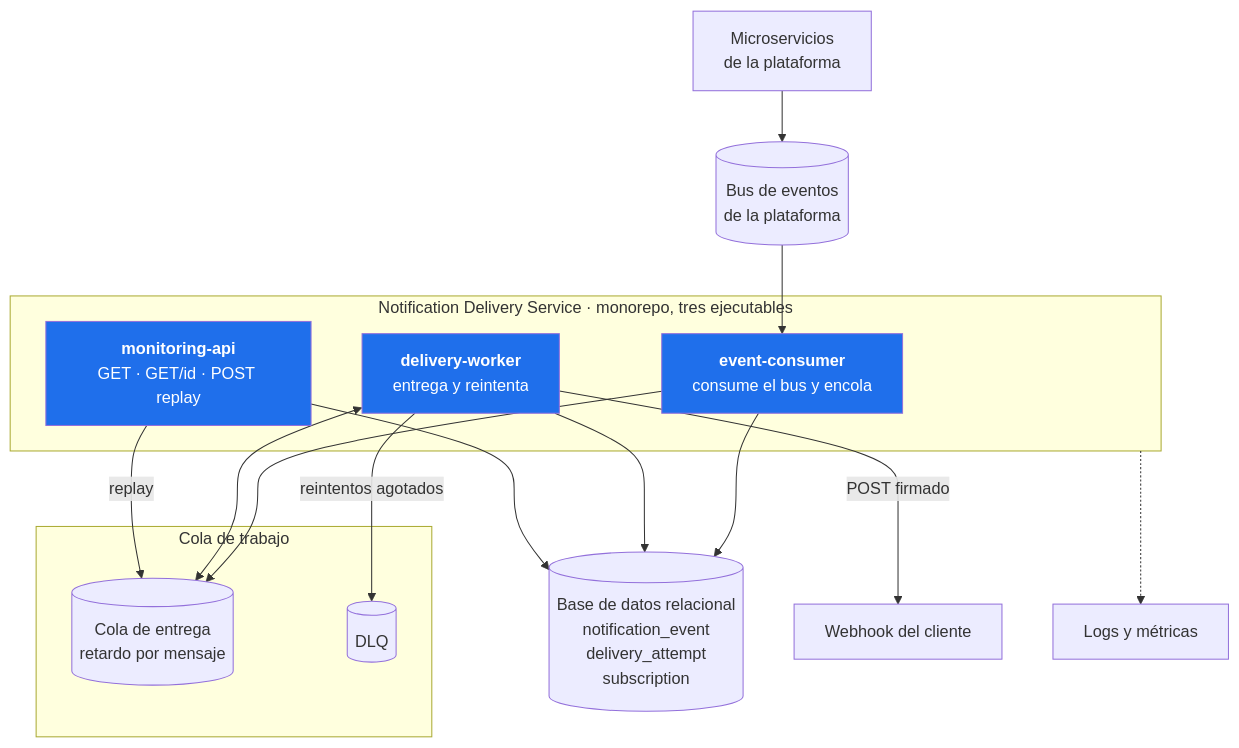
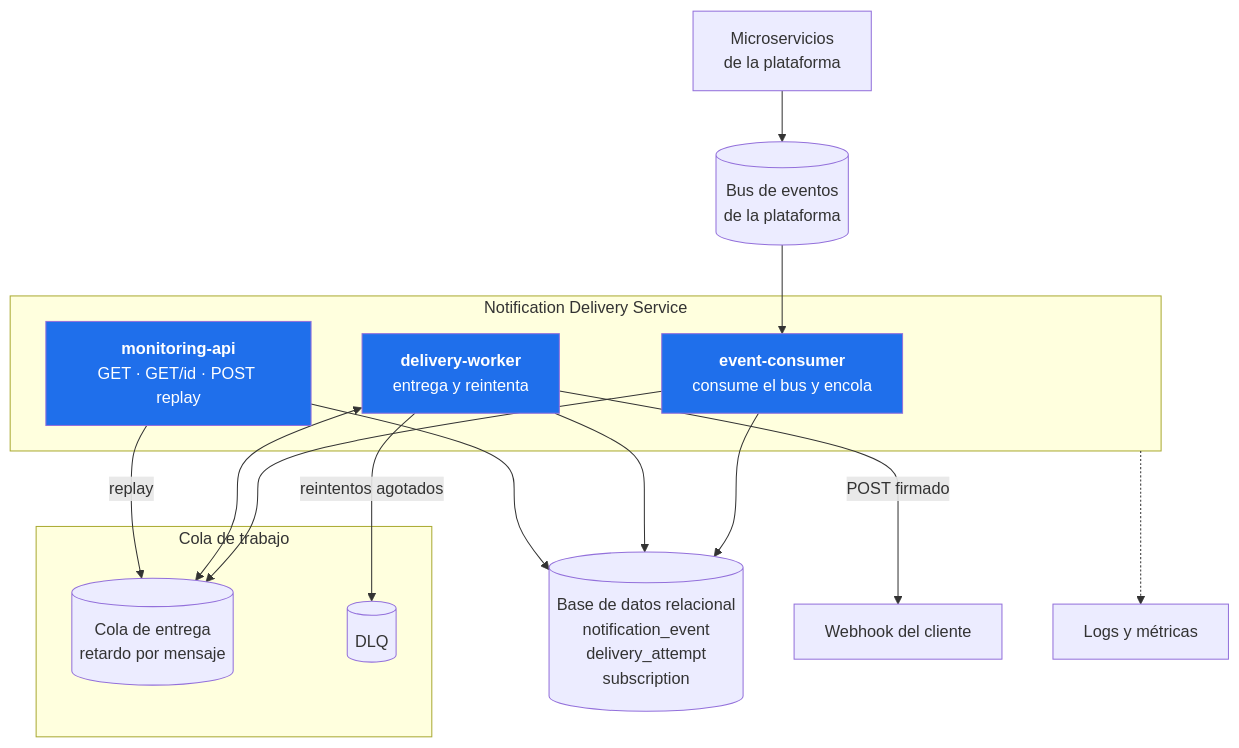
The second of 7 diagrams in docs/01-diseno-del-sistema.md (ssalaza7/cobre-notification-delivery), drawn with Mermaid before and after one commit. The commit also changed other lines of this file and 1 other file, not shown here.

````diff
--- a/docs/01-diseno-del-sistema.md
+++ b/docs/01-diseno-del-sistema.md
@@ -54,35 +54,35 @@
 ```mermaid
 flowchart TB
     platform["Microservicios<br/>de la plataforma"]
     bus[("Bus de eventos<br/>de la plataforma")]
 
-    subgraph service["Notification Delivery Service · monorepo, tres ejecutables"]
+    subgraph service["Notification Delivery Service"]
         consumer["<b>event-consumer</b><br/>consume el bus y encola"]
         worker["<b>delivery-worker</b><br/>entrega y reintenta"]
         api["<b>monitoring-api</b><br/>GET · GET/id · POST replay"]
     end
 
     subgraph queues["Cola de trabajo"]
         dq[("Cola de entrega<br/>retardo por mensaje")]
         dlq[("DLQ")]
     end
 
     db[("Base de datos relacional<br/>notification_event<br/>delivery_attempt<br/>subscription")]
     hook["Webhook del cliente"]
     obs["Logs y métricas"]
 
     platform --> bus --> consumer
     consumer --> dq
     consumer --> db
     worker <--> dq
     worker -- "reintentos agotados" --> dlq
     worker -- "POST firmado" --> hook
     worker --> db
     api --> db
     api -- "replay" --> dq
     service -.-> obs
 
     style api fill:#1f6feb,color:#fff
     style worker fill:#1f6feb,color:#fff
     style consumer fill:#1f6feb,color:#fff
 ```
````
